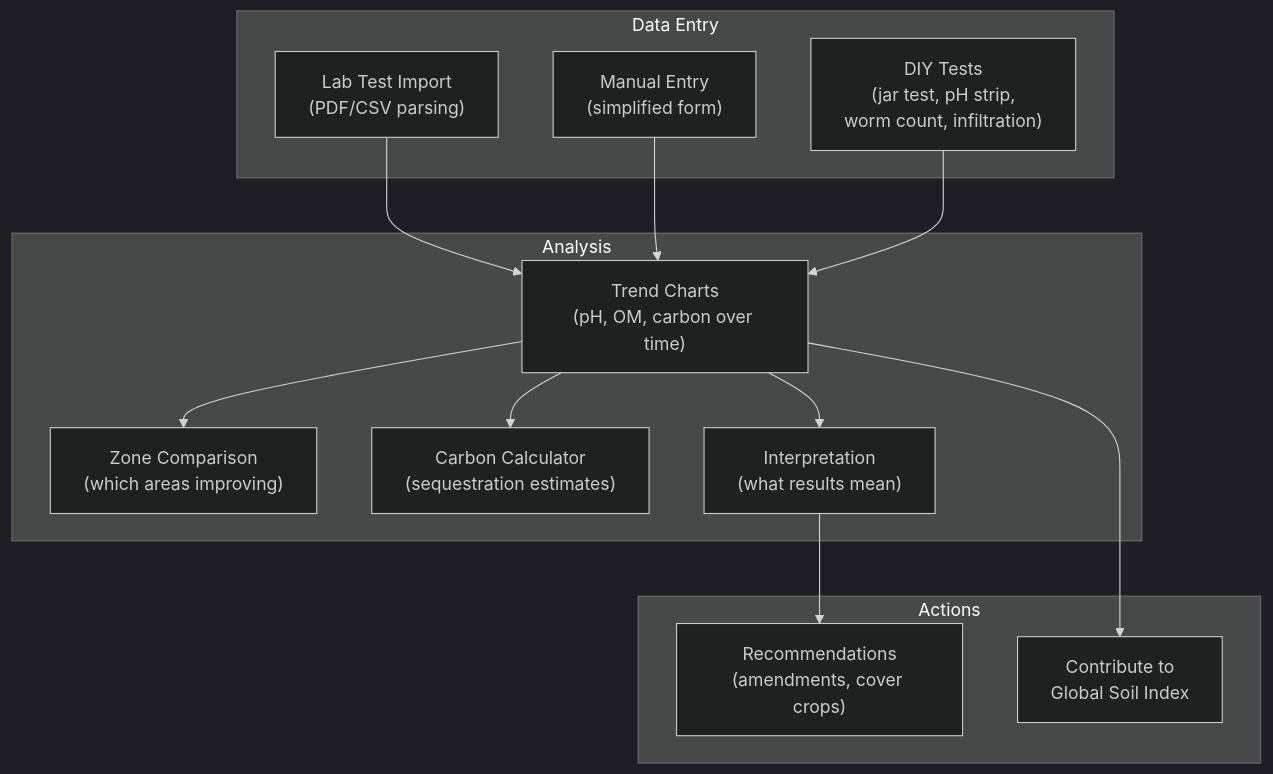
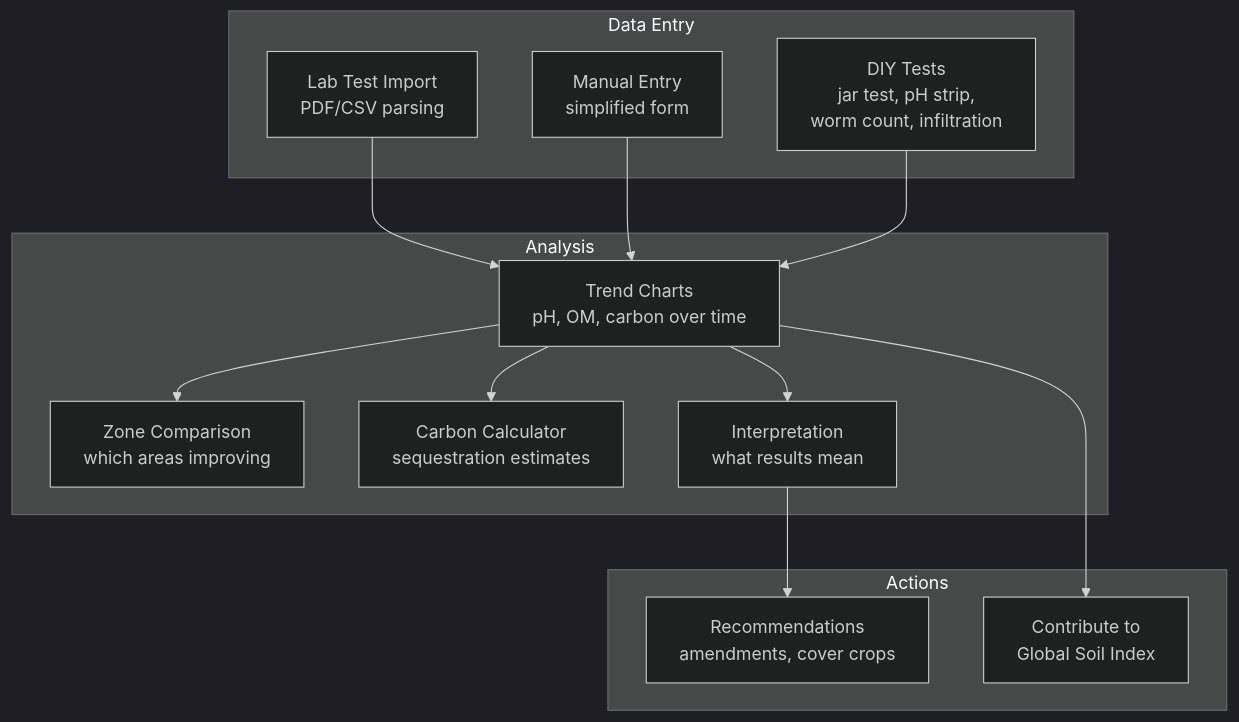
Before and after one commit to crs48/xNet: the diagram in docs/planStep04GlobalFarmingERP/04-soil-health.md, drawn with Mermaid (dark theme). The commit also changed 21 other files, not shown here.

First line of the commit message:
Fix Mermaid parse errors: remove parentheses in flowchart node labels after <br/> tags

````diff
--- a/docs/planStep04GlobalFarmingERP/04-soil-health.md
+++ b/docs/planStep04GlobalFarmingERP/04-soil-health.md
@@ -11,29 +11,29 @@
 ```mermaid
 flowchart TD
     subgraph "Data Entry"
-        LAB["Lab Test Import<br/>(PDF/CSV parsing)"]
-        MANUAL["Manual Entry<br/>(simplified form)"]
-        DIY["DIY Tests<br/>(jar test, pH strip,<br/>worm count, infiltration)"]
+        LAB["Lab Test Import<br/>PDF/CSV parsing"]
+        MANUAL["Manual Entry<br/>simplified form"]
+        DIY["DIY Tests<br/>jar test, pH strip,<br/>worm count, infiltration"]
     end
 
     subgraph "Analysis"
-        TRENDS["Trend Charts<br/>(pH, OM, carbon over time)"]
-        COMPARE["Zone Comparison<br/>(which areas improving)"]
-        CARBON["Carbon Calculator<br/>(sequestration estimates)"]
-        INTERPRET["Interpretation<br/>(what results mean)"]
+        TRENDS["Trend Charts<br/>pH, OM, carbon over time"]
+        COMPARE["Zone Comparison<br/>which areas improving"]
+        CARBON["Carbon Calculator<br/>sequestration estimates"]
+        INTERPRET["Interpretation<br/>what results mean"]
     end
 
     subgraph "Actions"
-        RECOMMEND["Recommendations<br/>(amendments, cover crops)"]
+        RECOMMEND["Recommendations<br/>amendments, cover crops"]
         CONTRIBUTE["Contribute to<br/>Global Soil Index"]
     end
 
     LAB --> TRENDS
     MANUAL --> TRENDS
     DIY --> TRENDS
     TRENDS --> COMPARE
     TRENDS --> CARBON
     TRENDS --> INTERPRET
     INTERPRET --> RECOMMEND
     TRENDS --> CONTRIBUTE
 ```
````
